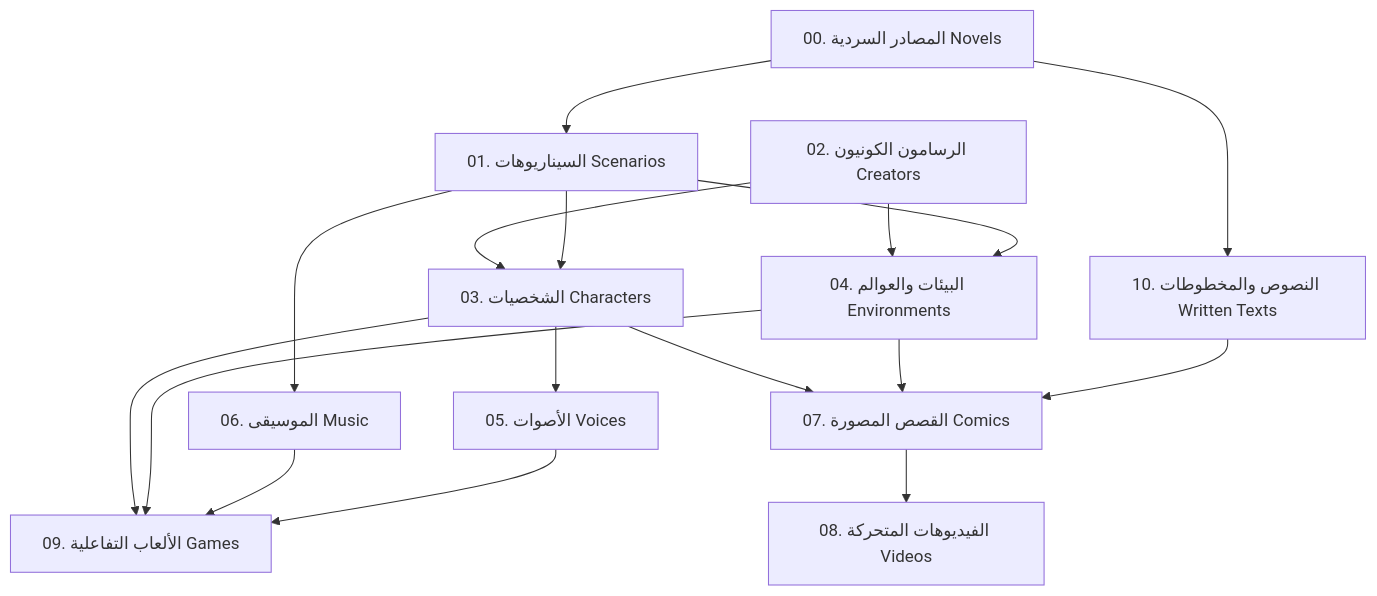
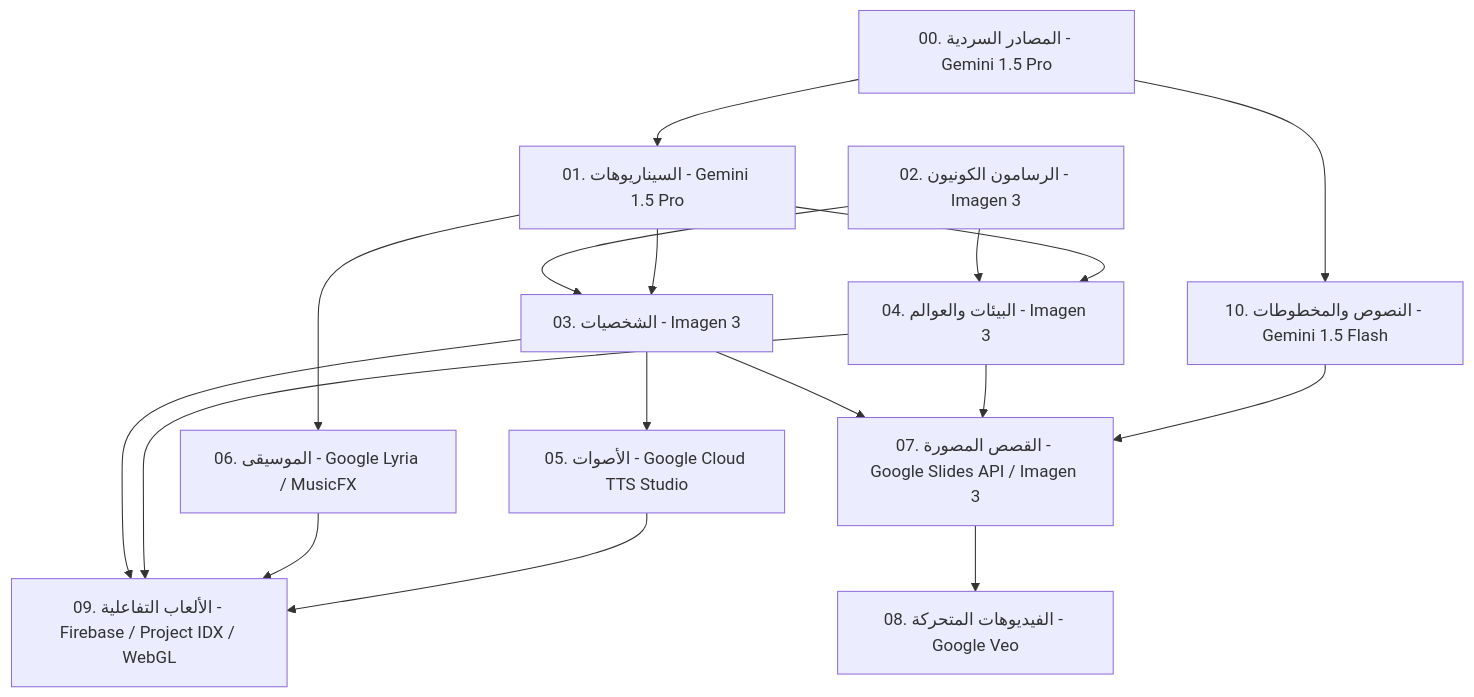
Before and after one commit to jassemmalhammadi-stack/sketchic-universe: the diagram in TECHNICAL_REQUIREMENTS.md, drawn with Mermaid. The commit also changed other lines of this file, not shown here.

Commit message:
docs: update TECHNICAL_REQUIREMENTS.md to use Google Products & APIs exclusively

````diff
--- a/TECHNICAL_REQUIREMENTS.md
+++ b/TECHNICAL_REQUIREMENTS.md
@@ -9,14 +9,14 @@
 ```mermaid
 graph TD
-    A[00. المصادر السردية Novels] --> B[01. السيناريوهات Scenarios]
-    A --> C[10. النصوص والمخطوطات Written Texts]
-    D[02. الرسامون الكونيون Creators] --> E[03. الشخصيات Characters]
-    D --> F[04. البيئات والعوالم Environments]
+    A[00. المصادر السردية - Gemini 1.5 Pro] --> B[01. السيناريوهات - Gemini 1.5 Pro]
+    A --> C[10. النصوص والمخطوطات - Gemini 1.5 Flash]
+    D[02. الرسامون الكونيون - Imagen 3] --> E[03. الشخصيات - Imagen 3]
+    D --> F[04. البيئات والعوالم - Imagen 3]
     B --> E
     B --> F
-    E --> G[05. الأصوات Voices]
-    B --> H[06. الموسيقى Music]
-    E & F & C --> I[07. القصص المصورة Comics]
-    I --> J[08. الفيديوهات المتحركة Videos]
-    E & F & H & G --> K[09. الألعاب التفاعلية Games]
+    E --> G[05. الأصوات - Google Cloud TTS Studio]
+    B --> H[06. الموسيقى - Google Lyria / MusicFX]
+    E & F & C --> I[07. القصص المصورة - Google Slides API / Imagen 3]
+    I --> J[08. الفيديوهات المتحركة - Google Veo]
+    E & F & H & G --> K[09. الألعاب التفاعلية - Firebase / Project IDX / WebGL]
 ```
````
